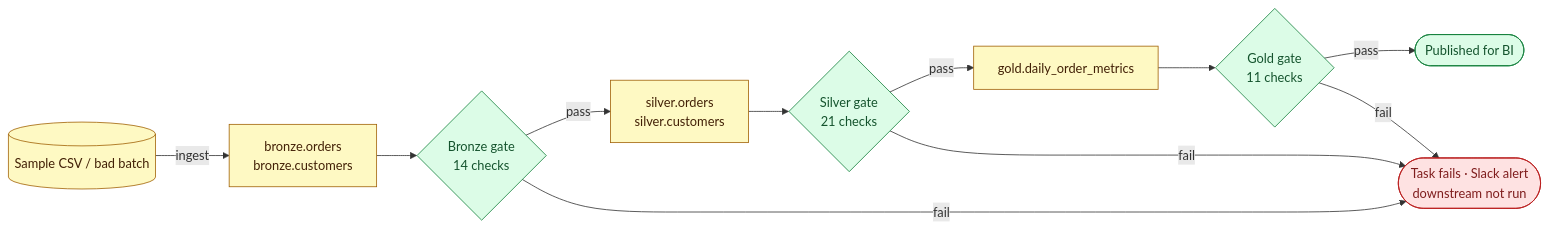
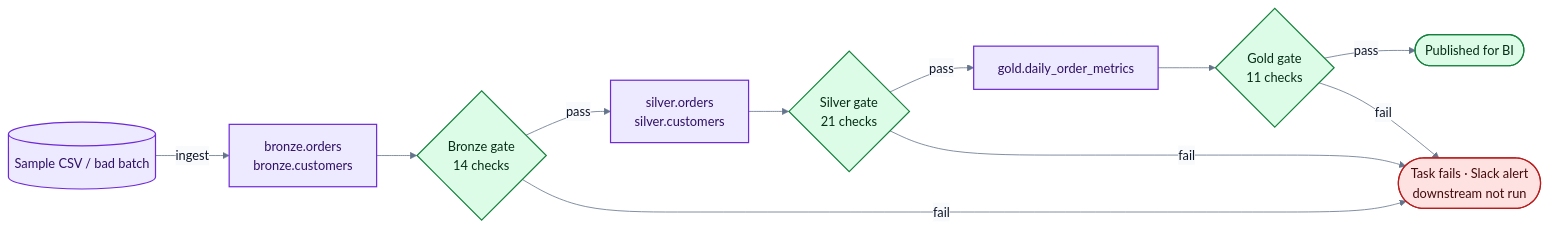
One commit to santoshshinde2012/lakehouse-quality-gates changed the fourth of 9 diagrams in docs/architecture.md. Above: the diagram before and after it, drawn with Mermaid. The commit also changed other lines of this file and 20 other files, not shown here.

Commit message:
docs: overhaul README and architecture diagrams

````diff
--- a/docs/architecture.md
+++ b/docs/architecture.md
@@ -93,24 +175,25 @@
 ```mermaid
+%%{init: {"theme": "base", "themeVariables": {"fontFamily": "Inter, Segoe UI, Helvetica, Arial, sans-serif", "lineColor": "#64748b", "primaryTextColor": "#0f172a", "primaryColor": "#e0e7ff", "primaryBorderColor": "#4338ca", "secondaryColor": "#dcfce7", "tertiaryColor": "#f8fafc", "edgeLabelBackground": "#f8fafc", "actorBkg": "#e0e7ff", "actorBorder": "#4338ca", "noteBkgColor": "#fef3c7", "noteBorderColor": "#b45309", "signalColor": "#334155", "signalTextColor": "#0f172a"}}}%%
 flowchart LR
   SRC[("Sample CSV / bad batch")]:::store
   B["bronze.orders<br/>bronze.customers"]:::store
   GB{"Bronze gate<br/>14 checks"}:::gate
   S["silver.orders<br/>silver.customers"]:::store
   GS{"Silver gate<br/>21 checks"}:::gate
   G["gold.daily_order_metrics"]:::store
   GG{"Gold gate<br/>11 checks"}:::gate
   OK(["Published for BI"]):::gate
   X(["Task fails · Slack alert<br/>downstream not run"]):::fail
   SRC -- ingest --> B --> GB
   GB -- pass --> S --> GS
   GS -- pass --> G --> GG
   GG -- pass --> OK
   GB -- fail --> X
   GS -- fail --> X
   GG -- fail --> X
-  classDef ext fill:#eef2f7,stroke:#64748b,color:#0f172a
-  classDef dq fill:#e0f2fe,stroke:#0369a1,color:#0c4a6e
-  classDef store fill:#fef9c3,stroke:#a16207,color:#422006
-  classDef gate fill:#dcfce7,stroke:#15803d,color:#14532d
-  classDef fail fill:#fee2e2,stroke:#b91c1c,color:#7f1d1d
+  classDef ext fill:#e0e7ff,stroke:#4338ca,stroke-width:1.5px,color:#1e1b4b
+  classDef dq fill:#e0f2fe,stroke:#0369a1,stroke-width:1.5px,color:#082f49
+  classDef store fill:#ede9fe,stroke:#6d28d9,stroke-width:1.5px,color:#2e1065
+  classDef gate fill:#dcfce7,stroke:#15803d,stroke-width:1.5px,color:#052e16
+  classDef fail fill:#fee2e2,stroke:#b91c1c,stroke-width:1.5px,color:#450a0a
 ```
````
